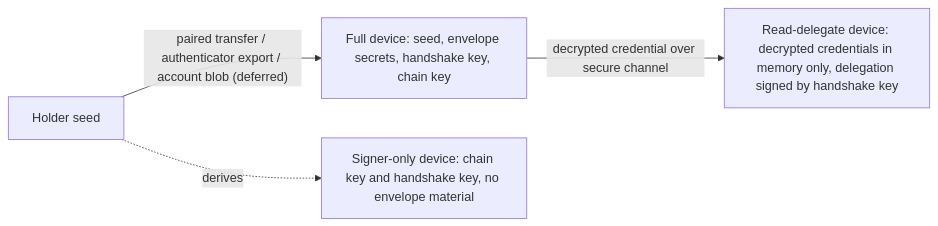
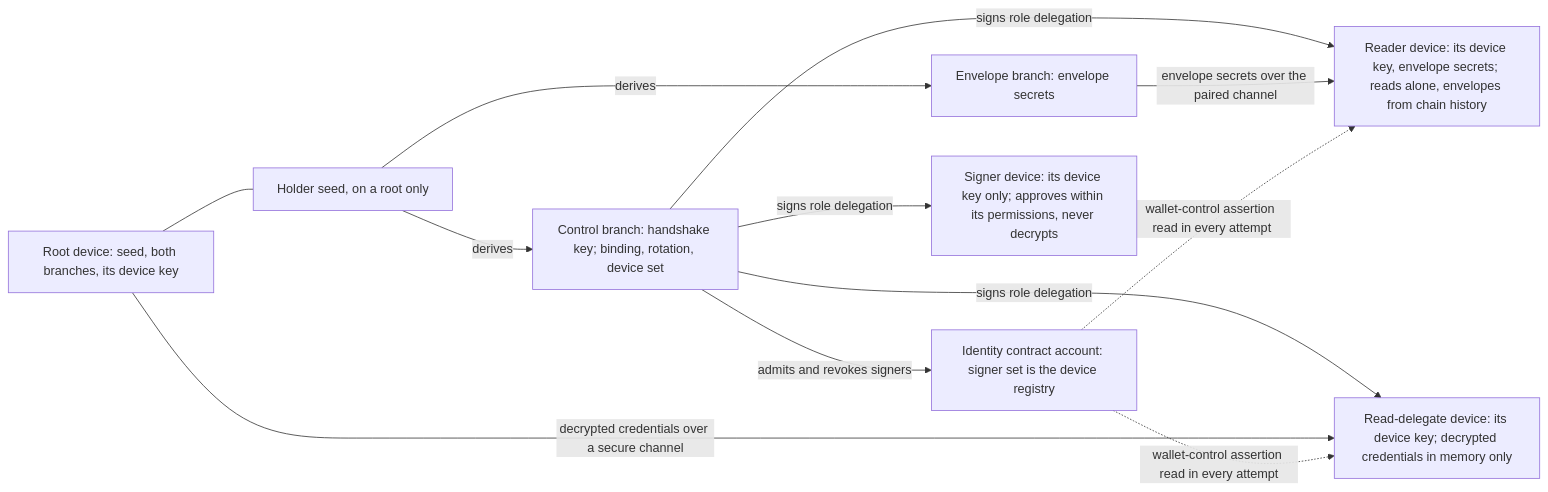
Before and after one commit to tsylvester/chaintorrent: the fourth of 4 diagrams in docs/project-planning/system-architecture.md, drawn with Mermaid. The commit also changed other lines of this file and 15 other files, not shown here.

Commit message:
Correct key store update policy and device pairing method

````diff
--- a/docs/project-planning/system-architecture.md
+++ b/docs/project-planning/system-architecture.md
@@ -305,10 +305,22 @@
 ```mermaid
 flowchart LR
-    seed["Holder seed"]
-    full["Full device: seed, envelope secrets, handshake key, chain key"]
-    delegate["Read-delegate device: decrypted credentials in memory only, delegation signed by handshake key"]
-    signer["Signer-only device: chain key and handshake key, no envelope material"]
-    seed -->|"paired transfer / authenticator export / account blob (deferred)"| full
-    full -->|"decrypted credential over secure channel"| delegate
-    seed -.->|"derives"| signer
+    seed["Holder seed, on a root only"]
+    control["Control branch: handshake key; binding, rotation, device set"]
+    envelope["Envelope branch: envelope secrets"]
+    account["Identity contract account: signer set is the device registry"]
+    root["Root device: seed, both branches, its device key"]
+    reader["Reader device: its device key, envelope secrets; reads alone, envelopes from chain history"]
+    delegate["Read-delegate device: its device key; decrypted credentials in memory only"]
+    signer["Signer device: its device key only; approves within its permissions, never decrypts"]
+    seed -->|"derives"| control
+    seed -->|"derives"| envelope
+    root --- seed
+    control -->|"admits and revokes signers"| account
+    control -->|"signs role delegation"| reader
+    control -->|"signs role delegation"| delegate
+    control -->|"signs role delegation"| signer
+    envelope -->|"envelope secrets over the paired channel"| reader
+    root -->|"decrypted credentials over a secure channel"| delegate
+    account -.->|"wallet-control assertion read in every attempt"| reader
+    account -.->|"wallet-control assertion read in every attempt"| delegate
 ```
````
